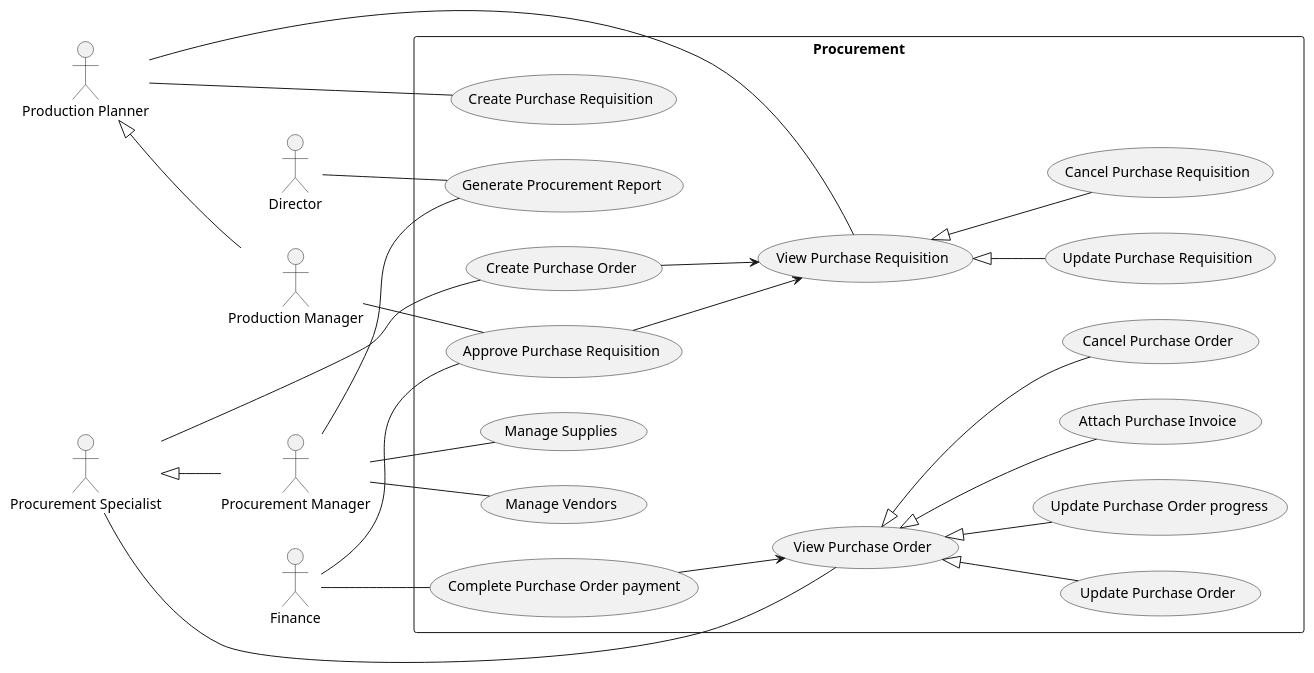
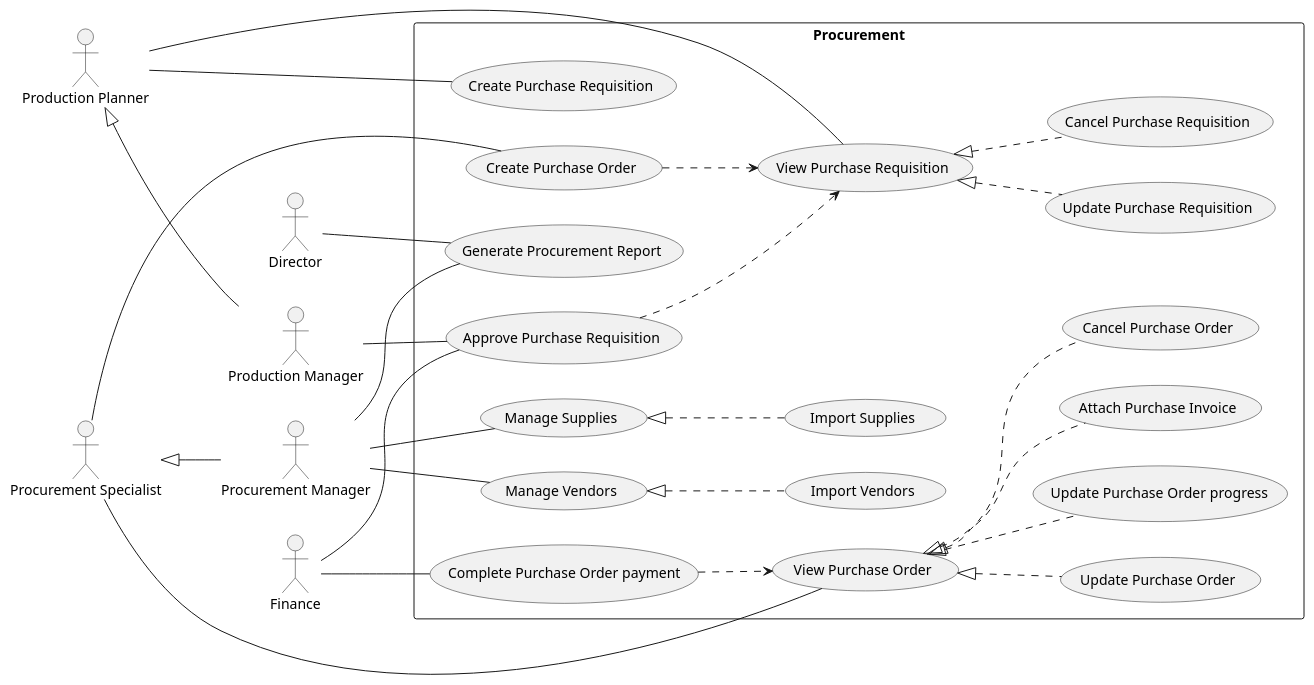
Before and after one commit to phihungha/scmss-reqs: the diagram in use-cases/procurement.plantuml, drawn with PlantUML. The commit also changed 4 other files, not shown here.

```diff
--- a/use-cases/procurement.plantuml
+++ b/use-cases/procurement.plantuml
@@ -1,40 +1,41 @@
 @startuml Procurement
 left to right direction
 
 :Director: as d
 :Finance: as f
 
 :Production Planner: as pp
 :Production Manager: as prm
 pp <|-- prm
 
 :Procurement Manager: as pm
 :Procurement Specialist: as ps
 ps <|-- pm
 
 rectangle Procurement {
     pp -- (Create Purchase Requisition)
     pp -- (View Purchase Requisition)
-    (View Purchase Requisition) <|-- (Update Purchase Requisition)
-    (View Purchase Requisition) <|-- (Cancel Purchase Requisition)
+    (View Purchase Requisition) <|.. (Update Purchase Requisition)
+    (View Purchase Requisition) <|.. (Cancel Purchase Requisition)
     f -- (Approve Purchase Requisition)
     prm -- (Approve Purchase Requisition)
-    (Approve Purchase Requisition) --> (View Purchase Requisition)
+    (Approve Purchase Requisition) ..> (View Purchase Requisition)
 
     ps -- (Create Purchase Order)
-    (Create Purchase Order) --> (View Purchase Requisition)
+    (Create Purchase Order) ..> (View Purchase Requisition)
     ps -- (View Purchase Order)
-    (View Purchase Order) <|-- (Update Purchase Order)
-    (View Purchase Order) <|-- (Update Purchase Order progress)
-    (View Purchase Order) <|-- (Attach Purchase Invoice)
-    (View Purchase Order) <|-- (Cancel Purchase Order)
+    (View Purchase Order) <|.. (Update Purchase Order)
+    (View Purchase Order) <|.. (Update Purchase Order progress)
+    (View Purchase Order) <|.. (Attach Purchase Invoice)
+    (View Purchase Order) <|.. (Cancel Purchase Order)
     f -- (Complete Purchase Order payment)
-    (Complete Purchase Order payment) --> (View Purchase Order)
+    (Complete Purchase Order payment) ..> (View Purchase Order)
 
     pm -- (Manage Vendors)
+    (Manage Vendors) <|.. (Import Vendors)
     pm -- (Manage Supplies)
-
+    (Manage Supplies) <|.. (Import Supplies)
     pm -- (Generate Procurement Report)
     d -- (Generate Procurement Report)
 }
 @enduml
```
